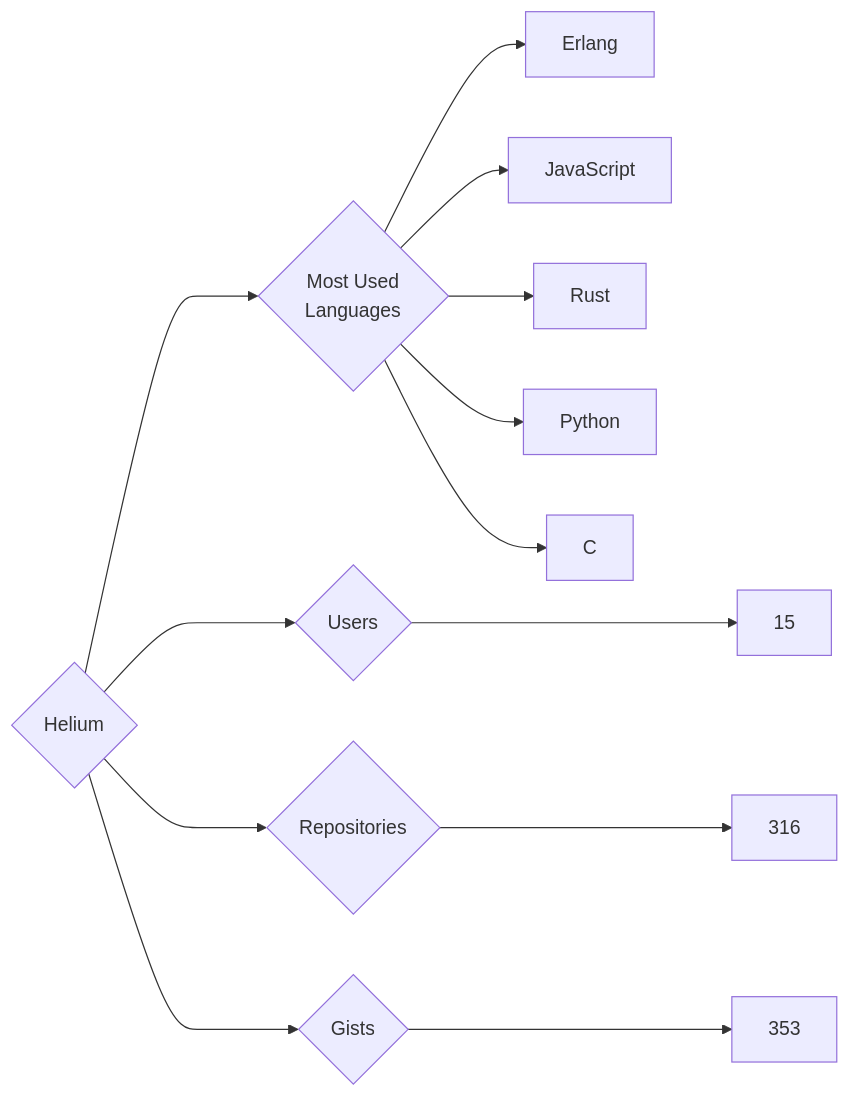
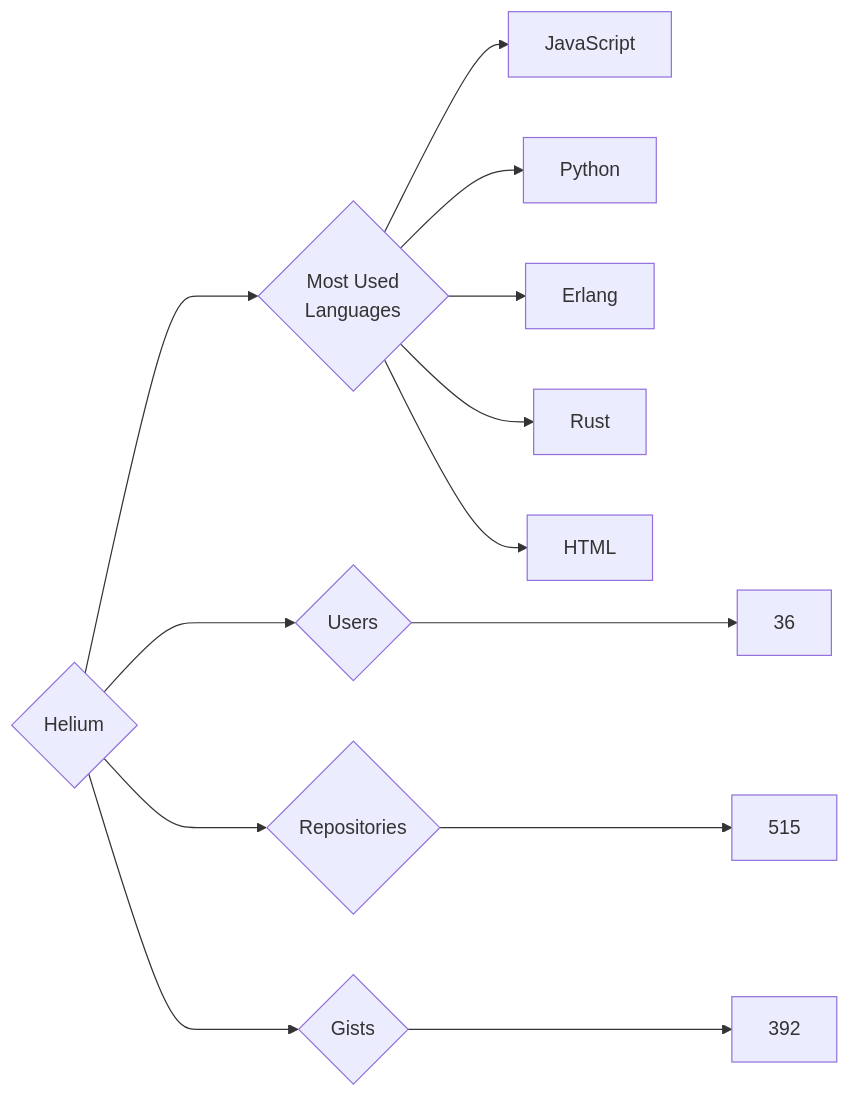
One commit to trickest/insiders changed the diagram in targets/Helium/README.md. Above: the diagram before and after it, drawn with Mermaid. The commit also changed 633 other files, not shown here.

````diff
--- a/targets/Helium/README.md
+++ b/targets/Helium/README.md
@@ -3,13 +3,13 @@
 ```mermaid
 graph LR
 COMPANY_NAME{Helium}
-COMPANY_NAME ---> U{Users} ---> UN[15]
-COMPANY_NAME ---> R{Repositories} ---> RN[316]
-COMPANY_NAME ---> G{Gists} ---> GN[353]
+COMPANY_NAME ---> U{Users} ---> UN[36]
+COMPANY_NAME ---> R{Repositories} ---> RN[515]
+COMPANY_NAME ---> G{Gists} ---> GN[392]
 COMPANY_NAME ---> ML{Most Used<br>Languages}
+ML --> JavaScript[JavaScript]
+ML --> Python[Python]
 ML --> Erlang[Erlang]
-ML --> JavaScript[JavaScript]
 ML --> Rust[Rust]
-ML --> Python[Python]
-ML --> C[C]
+ML --> HTML[HTML]
 ```
````
